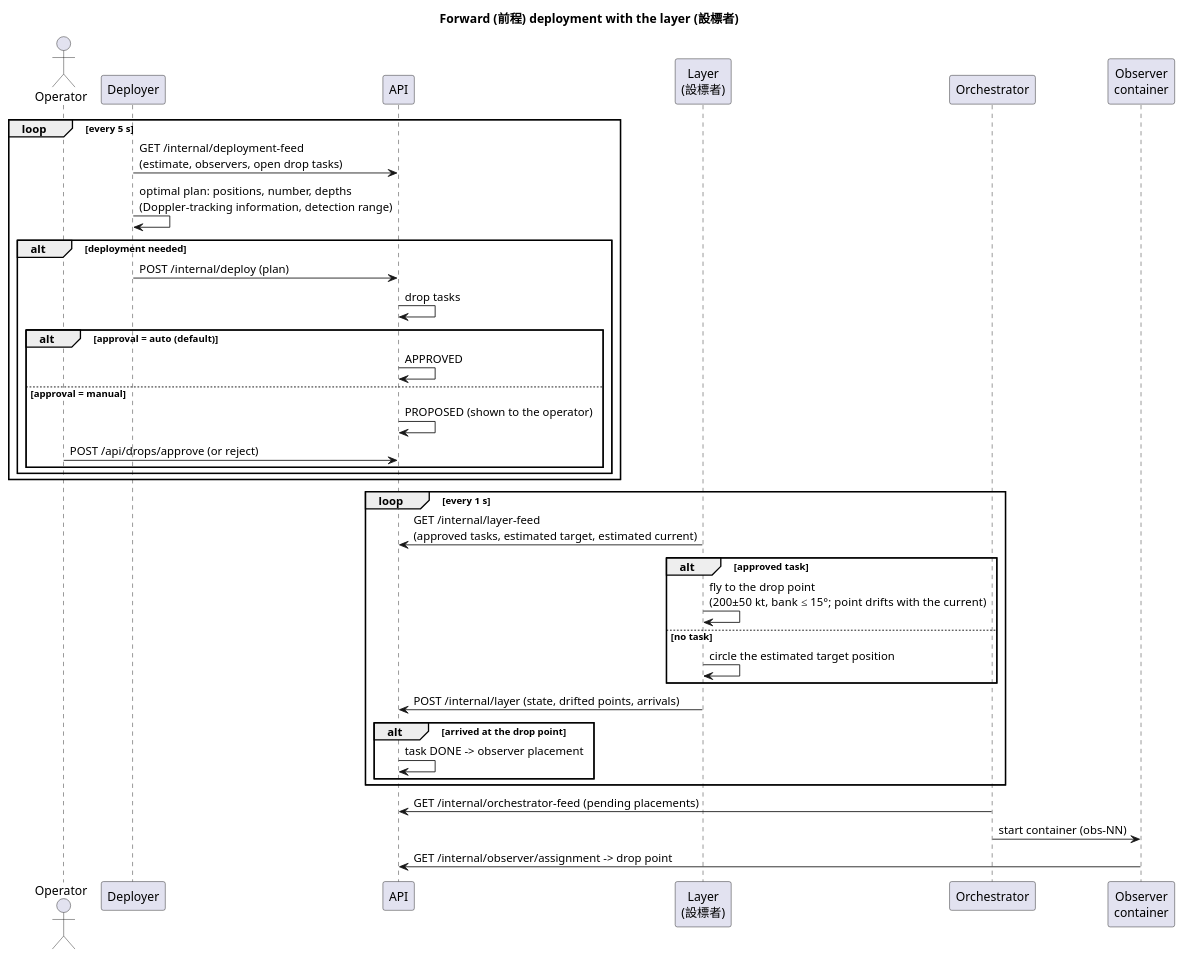
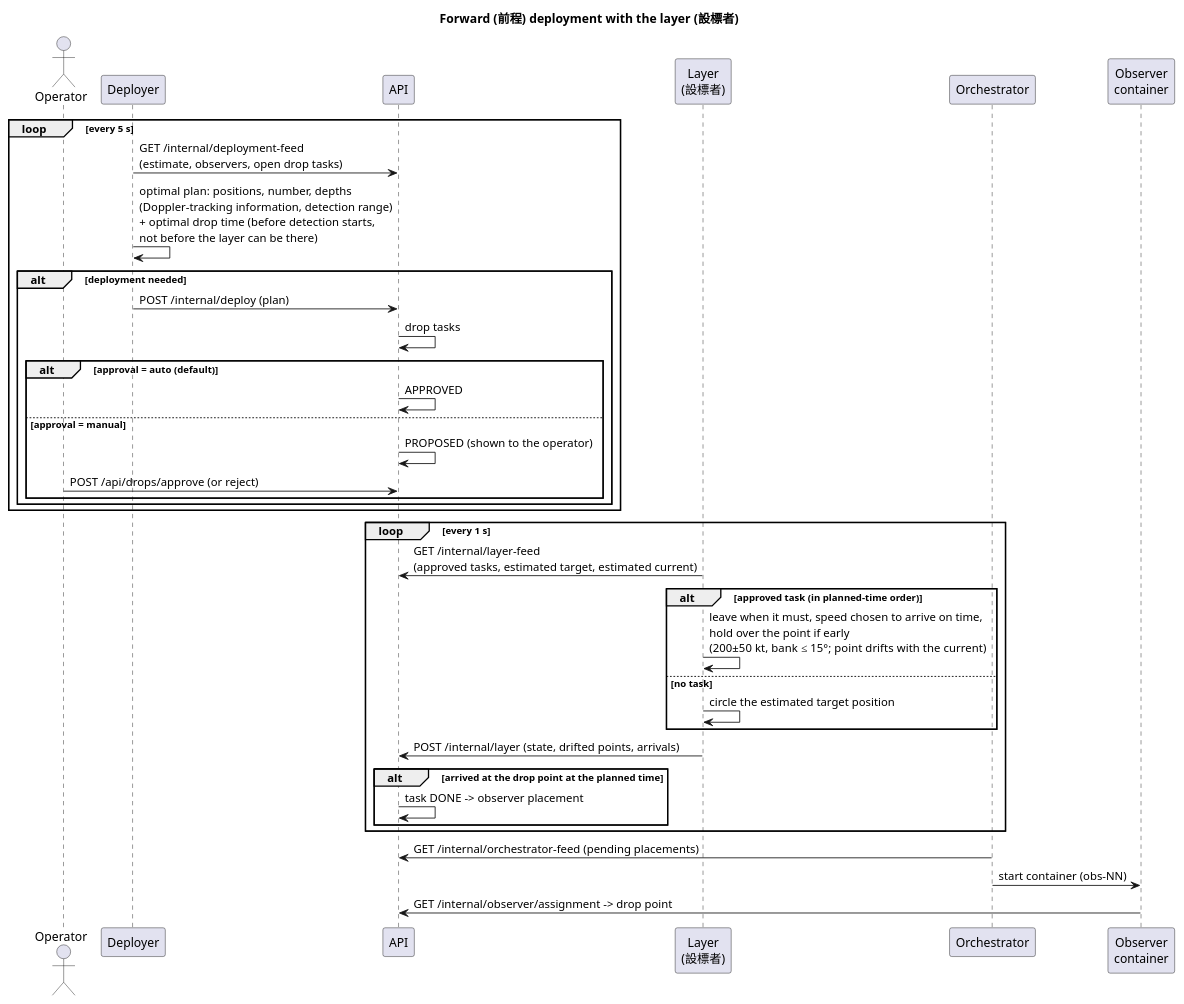
Before and after one commit to UeEmon/aqua-drift-simulator: the diagram in docs/uml/forward-deployment.puml, drawn with PlantUML. The commit also changed 16 other files, not shown here.

First line of the commit message:
Optimal drop times: plan when each observer should be laid and have the layer lay it at that time

```diff
--- a/docs/uml/forward-deployment.puml
+++ b/docs/uml/forward-deployment.puml
@@ -1,38 +1,38 @@
 @startuml
 title Forward (前程) deployment with the layer (設標者)
 actor Operator
 participant Deployer
 participant API
 participant "Layer\n(設標者)" as Layer
 participant Orchestrator
 participant "Observer\ncontainer" as Observer
 loop every 5 s
   Deployer -> API : GET /internal/deployment-feed\n(estimate, observers, open drop tasks)
-  Deployer -> Deployer : optimal plan: positions, number, depths\n(Doppler-tracking information, detection range)
+  Deployer -> Deployer : optimal plan: positions, number, depths\n(Doppler-tracking information, detection range)\n+ optimal drop time (before detection starts,\nnot before the layer can be there)
   alt deployment needed
     Deployer -> API : POST /internal/deploy (plan)
     API -> API : drop tasks
     alt approval = auto (default)
       API -> API : APPROVED
     else approval = manual
       API -> API : PROPOSED (shown to the operator)
       Operator -> API : POST /api/drops/approve (or reject)
     end
   end
 end
 loop every 1 s
   Layer -> API : GET /internal/layer-feed\n(approved tasks, estimated target, estimated current)
-  alt approved task
-    Layer -> Layer : fly to the drop point\n(200±50 kt, bank ≤ 15°; point drifts with the current)
+  alt approved task (in planned-time order)
+    Layer -> Layer : leave when it must, speed chosen to arrive on time,\nhold over the point if early\n(200±50 kt, bank ≤ 15°; point drifts with the current)
   else no task
     Layer -> Layer : circle the estimated target position
   end
   Layer -> API : POST /internal/layer (state, drifted points, arrivals)
-  alt arrived at the drop point
+  alt arrived at the drop point at the planned time
     API -> API : task DONE -> observer placement
   end
 end
 Orchestrator -> API : GET /internal/orchestrator-feed (pending placements)
 Orchestrator -> Observer : start container (obs-NN)
 Observer -> API : GET /internal/observer/assignment -> drop point
 @enduml
```
